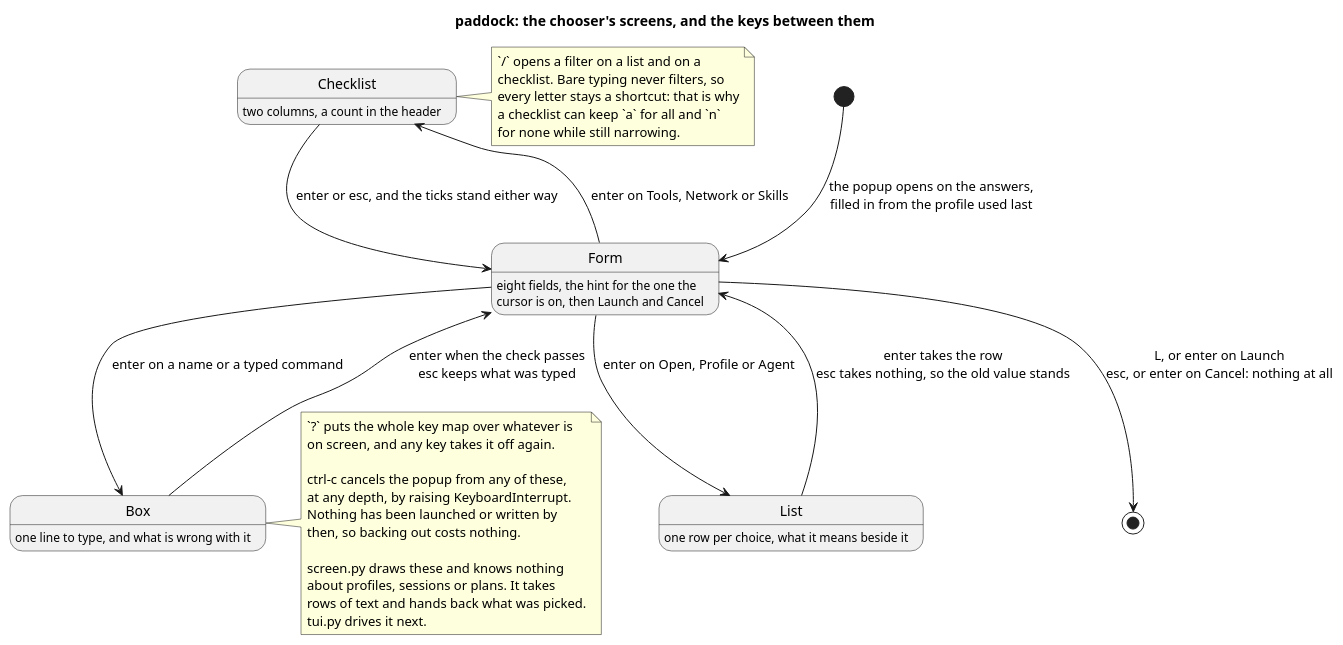
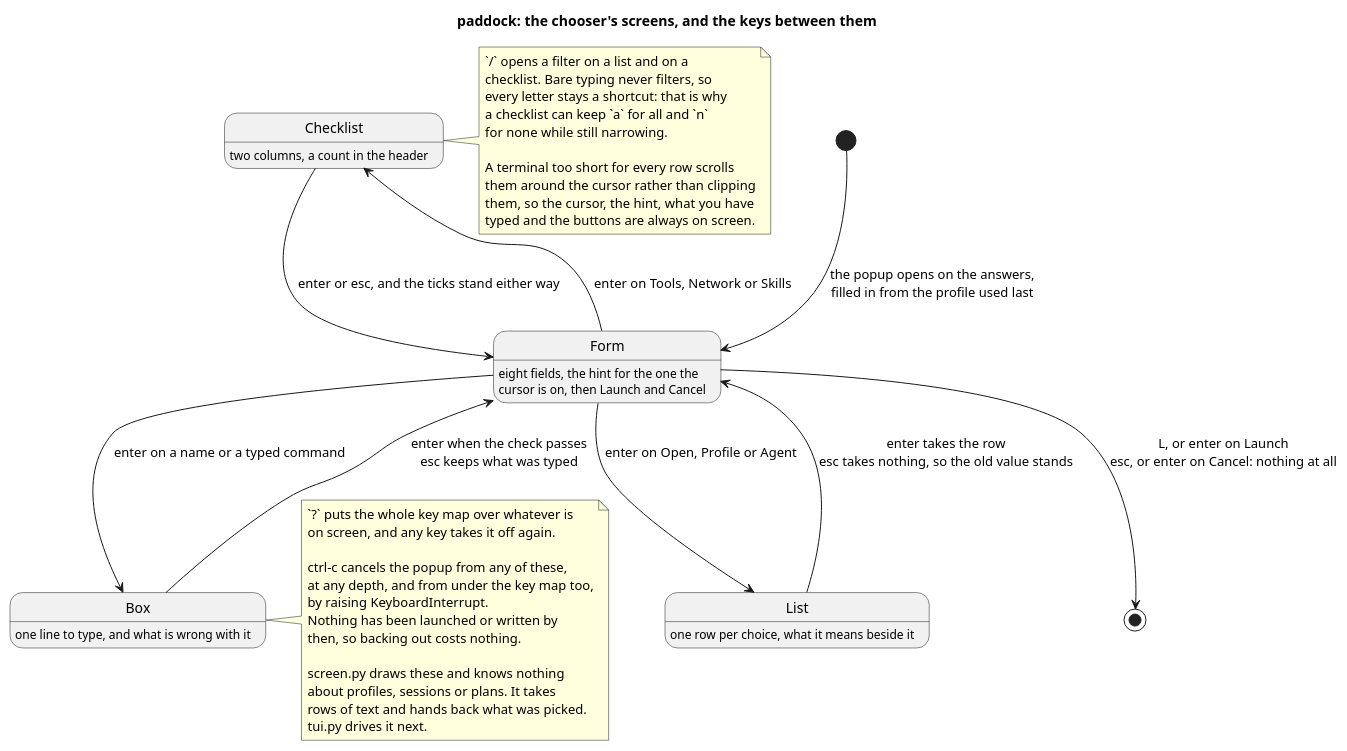
One commit to paddock-sh/paddock changed the diagram in docs/diagrams/chooser_keys.puml. Above: the diagram before and after it, drawn with PlantUML. The commit also changed 2 other files, not shown here.

Commit message:
fix: the screens hold up on a small terminal, in wide text, and under the key list
Ctrl-c was the one key the key list could swallow, because its catch-all was
eager and ctrl-c was not. It is eager now, and pinned on every screen that has
the overlay.

A terminal shorter than the rows clipped them: the cursor could walk off the
bottom and take the hint, the filter echo and the buttons with it. Every screen
now windows its rows around the cursor and keeps the rest, and the screens are
drawn at the height they actually have.

Widths are counted in terminal columns rather than characters, so a wide
character no longer wraps a line and pushes the layout around.

Also: a cursor past the end of a shorter list lands on its last row, the error
gives the key line back as soon as the answer changes, a value too long for its
line says it was cut, a row can keep a count at the right edge, a choice can
show a panel instead of a line, an empty list says which kind of empty it is,
and the key line says how many digits jump rather than assuming eight.

Escape answers in a tenth of a second instead of prompt_toolkit's half, and the
eager flags that did nothing are gone.

```diff
--- a/docs/diagrams/chooser_keys.puml
+++ b/docs/diagrams/chooser_keys.puml
@@ -1,45 +1,51 @@
 @startuml chooser_keys
 title paddock: the chooser's screens, and the keys between them
 
 skinparam shadowing false
 hide empty description
 
 [*] --> Form : the popup opens on the answers,\nfilled in from the profile used last
 
 state Form : eight fields, the hint for the one the\ncursor is on, then Launch and Cancel
 state "List" as Pick : one row per choice, what it means beside it
 state "Checklist" as Tick : two columns, a count in the header
 state "Box" as Type : one line to type, and what is wrong with it
 
 Form --> Pick : enter on Open, Profile or Agent
 Form --> Tick : enter on Tools, Network or Skills
 Form --> Type : enter on a name or a typed command
 Pick --> Form : enter takes the row\nesc takes nothing, so the old value stands
 Tick --> Form : enter or esc, and the ticks stand either way
 Type --> Form : enter when the check passes\nesc keeps what was typed
 Form --> [*] : L, or enter on Launch\nesc, or enter on Cancel: nothing at all
 
 note right of Tick
   `/` opens a filter on a list and on a
   checklist. Bare typing never filters, so
   every letter stays a shortcut: that is why
   a checklist can keep `a` for all and `n`
   for none while still narrowing.
+
+  A terminal too short for every row scrolls
+  them around the cursor rather than clipping
+  them, so the cursor, the hint, what you have
+  typed and the buttons are always on screen.
 end note
 
 note right of Type
   `?` puts the whole key map over whatever is
   on screen, and any key takes it off again.
 
   ctrl-c cancels the popup from any of these,
-  at any depth, by raising KeyboardInterrupt.
+  at any depth, and from under the key map too,
+  by raising KeyboardInterrupt.
   Nothing has been launched or written by
   then, so backing out costs nothing.
 
   screen.py draws these and knows nothing
   about profiles, sessions or plans. It takes
   rows of text and hands back what was picked.
   tui.py drives it next.
 end note
 
 @enduml
```
